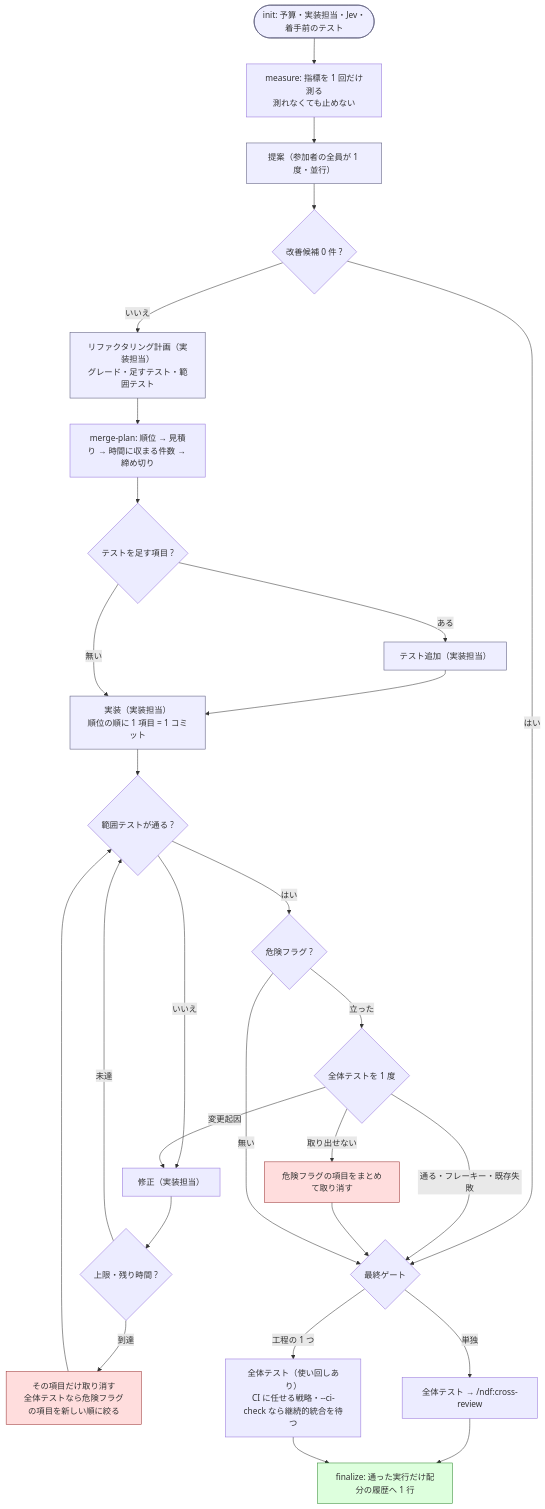
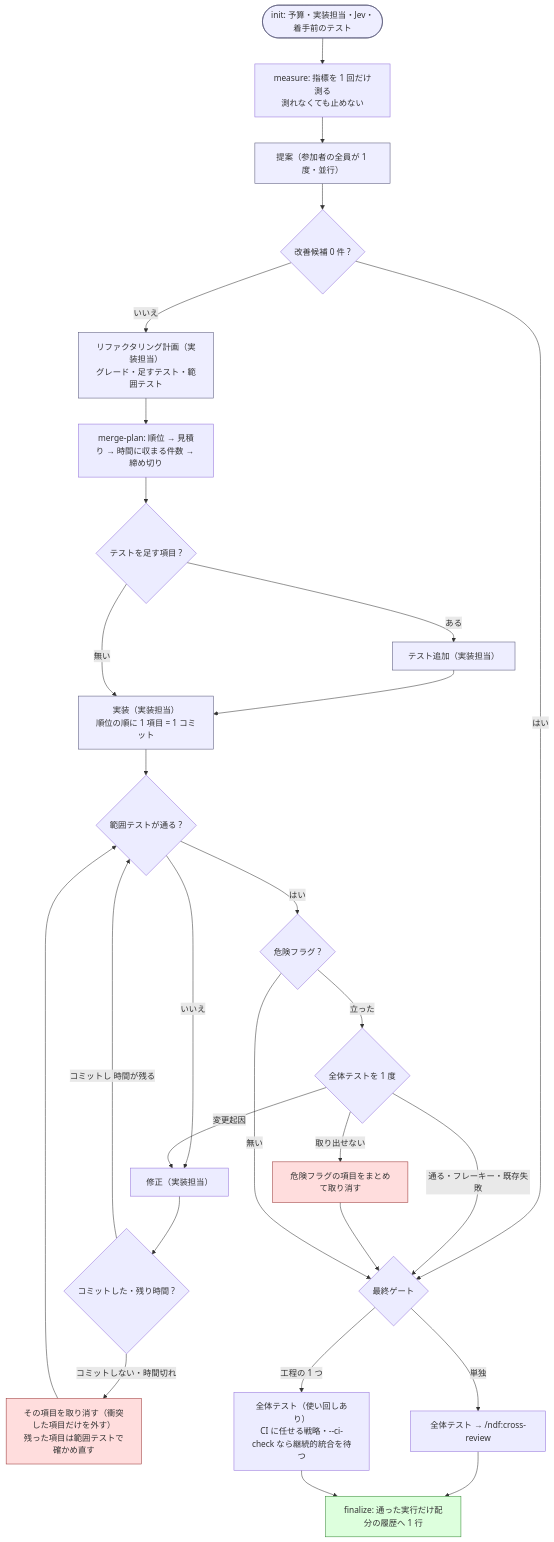
Before and after one commit to devbasex/ai-plugins: the diagram in plugins/ndf/skills/cross-refactoring/SKILL.md, drawn with Mermaid. The commit also changed other lines of this file and 10 other files, not shown here.

````diff
--- a/plugins/ndf/skills/cross-refactoring/SKILL.md
+++ b/plugins/ndf/skills/cross-refactoring/SKILL.md
@@ -173,30 +173,30 @@
 ```mermaid
 flowchart TD
     Init([init: 予算・実装担当・Jev・着手前のテスト]):::phase --> M
     M["measure: 指標を 1 回だけ測る<br/>測れなくても止めない"] --> P
     P["提案（参加者の全員が 1 度・並行）"]:::phase --> MP{"改善候補 0 件 ?"}
     MP -->|はい| Gate
     MP -->|いいえ| Plan["リファクタリング計画（実装担当）<br/>グレード・足すテスト・範囲テスト"]:::phase
     Plan --> Sel["merge-plan: 順位 → 見積り → 時間に収まる件数 → 締め切り"]
     Sel --> T{"テストを足す項目 ?"}
     T -->|ある| AT["テスト追加（実装担当）"]:::phase --> Impl
     T -->|無い| Impl["実装（実装担当）<br/>順位の順に 1 項目 = 1 コミット"]:::phase
     Impl --> V{"範囲テストが通る ?"}
-    V -->|いいえ| Fix["修正（実装担当）"] --> Cap{"上限・残り時間 ?"}
-    Cap -->|未達| V
-    Cap -->|到達| Drop["その項目だけ取り消す<br/>全体テストなら危険フラグの項目を新しい順に絞る"]:::stop --> V
+    V -->|いいえ| Fix["修正（実装担当）"] --> Cap{"コミットした・残り時間 ?"}
+    Cap -->|コミットし 時間が残る| V
+    Cap -->|コミットしない・時間切れ| Drop["その項目を取り消す（衝突した項目だけを外す）<br/>残った項目は範囲テストで確かめ直す"]:::stop --> V
     V -->|はい| D{"危険フラグ ?"}
     D -->|立った| W{"全体テストを 1 度"}
     W -->|通る・フレーキー・既存失敗| Gate
     W -->|変更起因| Fix
     W -->|取り出せない| DropAll["危険フラグの項目をまとめて取り消す"]:::stop --> Gate
     D -->|無い| Gate{"最終ゲート"}
     Gate -->|単独| CR["全体テスト → /ndf:cross-review"]
     Gate -->|工程の 1 つ| Whole["全体テスト（使い回しあり）<br/>CI に任せる戦略・--ci-check なら継続的統合を待つ"]
     CR --> Fin["finalize: 通った実行だけ配分の履歴へ 1 行"]:::ok
     Whole --> Fin
 
     classDef phase fill:#eef,stroke:#557
     classDef ok fill:#dfd,stroke:#383
     classDef stop fill:#fdd,stroke:#933
 ```
````
